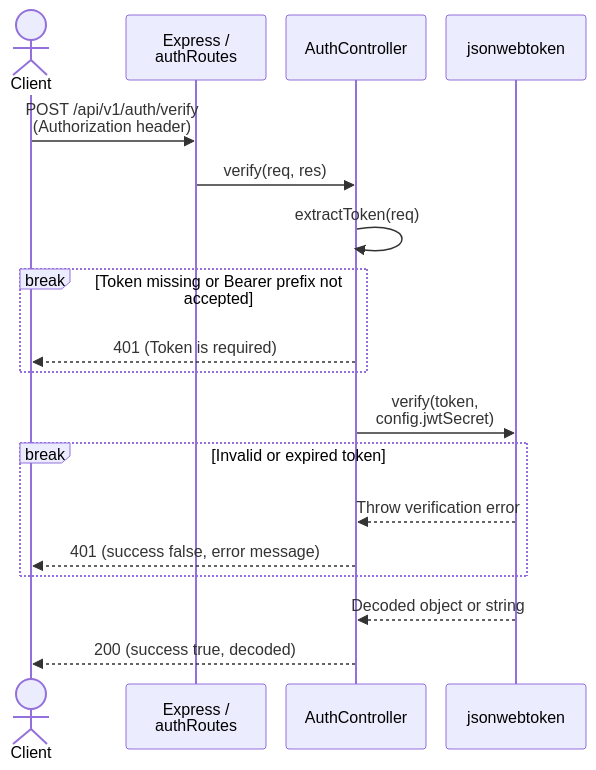
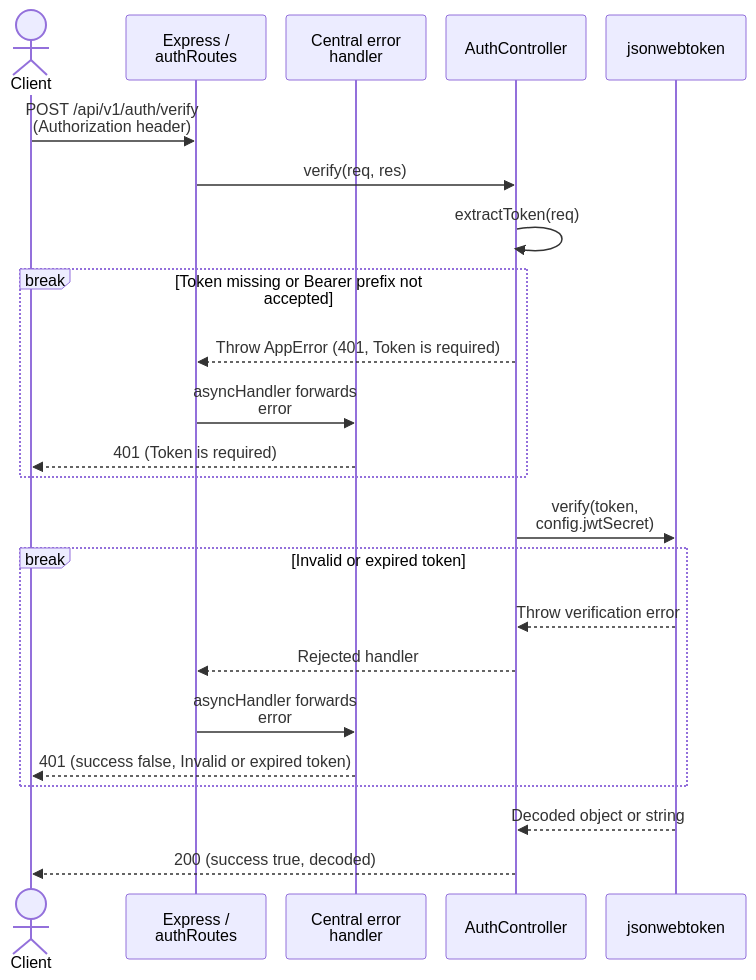
One commit to amin-newcastle/authMS changed the third of 3 diagrams in docs/architecture/authentication-flows.md. Above: the diagram before and after it, drawn with Mermaid. The commit also changed other lines of this file and 18 other files, not shown here.

````diff
--- a/docs/architecture/authentication-flows.md
+++ b/docs/architecture/authentication-flows.md
@@ -132,27 +140,32 @@
 ```mermaid
 ---
 config:
   sequence:
     wrap: true
     actorMargin: 20
     width: 140
 ---
 sequenceDiagram
     actor Client
     participant Routes as Express / authRoutes
+    participant Errors as Central error handler
     participant Controller as AuthController
     participant JWT as jsonwebtoken
     Client->>Routes: POST /api/v1/auth/verify (Authorization header)
     Routes->>Controller: verify(req, res)
     Controller->>Controller: extractToken(req)
     break Token missing or Bearer prefix not accepted
-        Controller-->>Client: 401 (Token is required)
+        Controller-->>Routes: Throw AppError (401, Token is required)
+        Routes->>Errors: asyncHandler forwards error
+        Errors-->>Client: 401 (Token is required)
     end
     Controller->>JWT: verify(token, config.jwtSecret)
     break Invalid or expired token
         JWT-->>Controller: Throw verification error
-        Controller-->>Client: 401 (success false, error message)
+        Controller-->>Routes: Rejected handler
+        Routes->>Errors: asyncHandler forwards error
+        Errors-->>Client: 401 (success false, Invalid or expired token)
     end
     JWT-->>Controller: Decoded object or string
     Controller-->>Client: 200 (success true, decoded)
 ```
````
